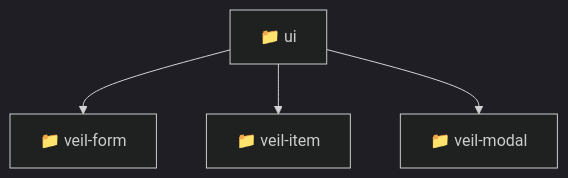
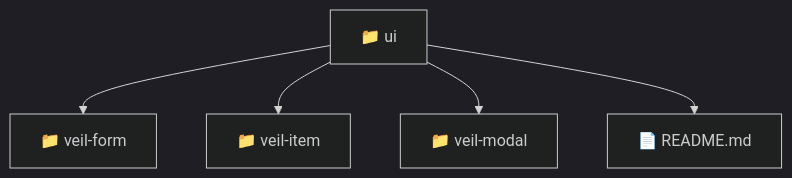
Before and after one commit to beginwebdev2002/fullstack-mavluda: the diagram in frontend/src/pages/veil/ui/README.md, drawn with Mermaid (dark theme). The commit also changed other lines of this file and 158 other files, not shown here.

First line of the commit message:
chore: autogenerate luxury professional README.md files for full architectural transparency

````diff
--- a/frontend/src/pages/veil/ui/README.md
+++ b/frontend/src/pages/veil/ui/README.md
@@ -11,7 +11,8 @@
 ```mermaid
 graph TD
   Root["📁 ui"]
-  Root --> veil-form["📁 veil-form"]
-  Root --> veil-item["📁 veil-item"]
-  Root --> veil-modal["📁 veil-modal"]
+  Root --> veil_form["📁 veil-form"]
+  Root --> veil_item["📁 veil-item"]
+  Root --> veil_modal["📁 veil-modal"]
+  Root --> README_md["📄 README.md"]
 ```
````
